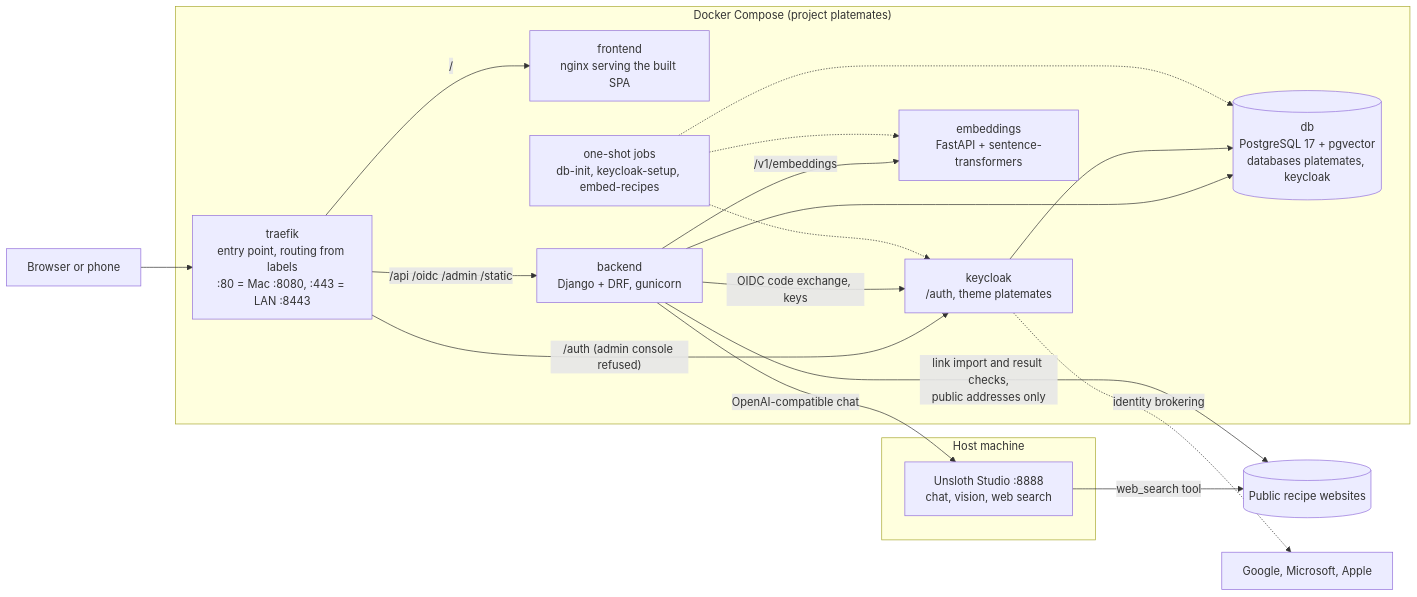
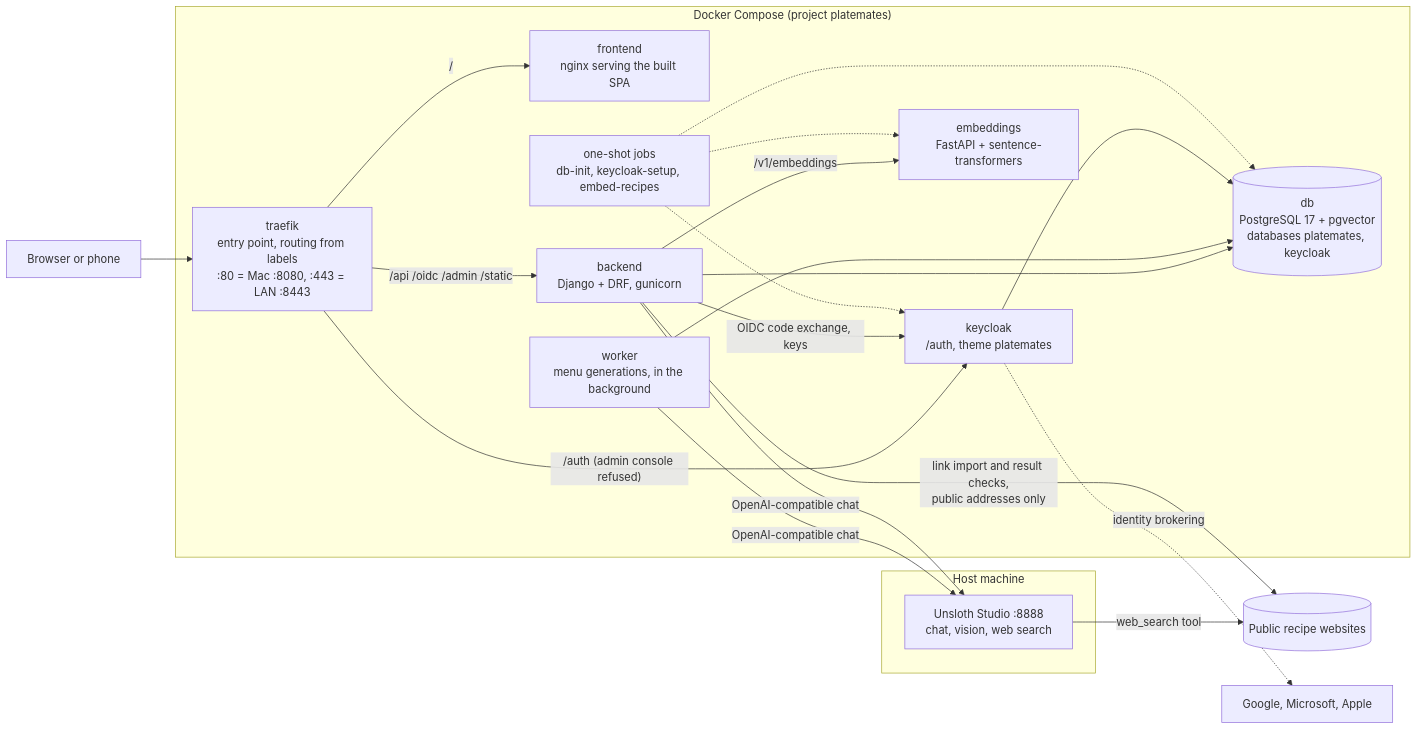
The first of 3 diagrams in docs/architecture.md (PaoloneM/platemates), drawn with Mermaid before and after one commit. The commit also changed other lines of this file and 30 other files, not shown here.

````diff
--- a/docs/architecture.md
+++ b/docs/architecture.md
@@ -8,37 +8,40 @@
 ```mermaid
 flowchart LR
     user["Browser or phone"]
 
     subgraph compose["Docker Compose (project platemates)"]
         traefik["traefik<br/>entry point, routing from labels<br/>:80 = Mac :8080, :443 = LAN :8443"]
         spa["frontend<br/>nginx serving the built SPA"]
         backend["backend<br/>Django + DRF, gunicorn"]
+        worker["worker<br/>menu generations, in the background"]
         keycloak["keycloak<br/>/auth, theme platemates"]
         db[("db<br/>PostgreSQL 17 + pgvector<br/>databases platemates, keycloak")]
         embeddings["embeddings<br/>FastAPI + sentence-transformers"]
         jobs["one-shot jobs<br/>db-init, keycloak-setup, embed-recipes"]
     end
 
     subgraph host["Host machine"]
         studio["Unsloth Studio :8888<br/>chat, vision, web search"]
     end
 
     web[("Public recipe websites")]
     idp["Google, Microsoft, Apple"]
 
     user --> traefik
     traefik -- "/" --> spa
     traefik -- "/api /oidc /admin /static" --> backend
     traefik -- "/auth (admin console refused)" --> keycloak
     backend -- "OIDC code exchange, keys" --> keycloak
     backend --> db
+    worker --> db
+    worker -- "OpenAI-compatible chat" --> studio
     keycloak --> db
     backend -- "OpenAI-compatible chat" --> studio
     backend -- "/v1/embeddings" --> embeddings
     backend -- "link import and result checks,<br/>public addresses only" --> web
     studio -- "web_search tool" --> web
     keycloak -. "identity brokering" .-> idp
     jobs -.-> db
     jobs -.-> keycloak
     jobs -.-> embeddings
 ```
````
